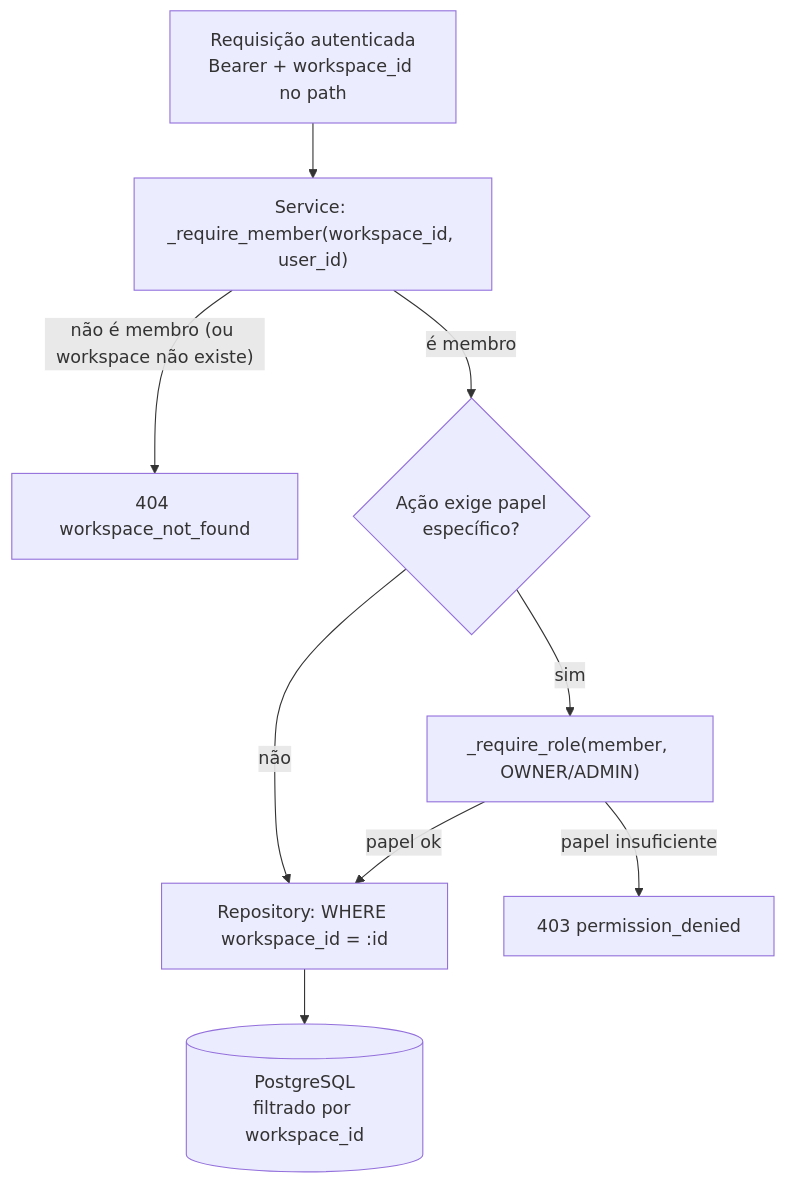
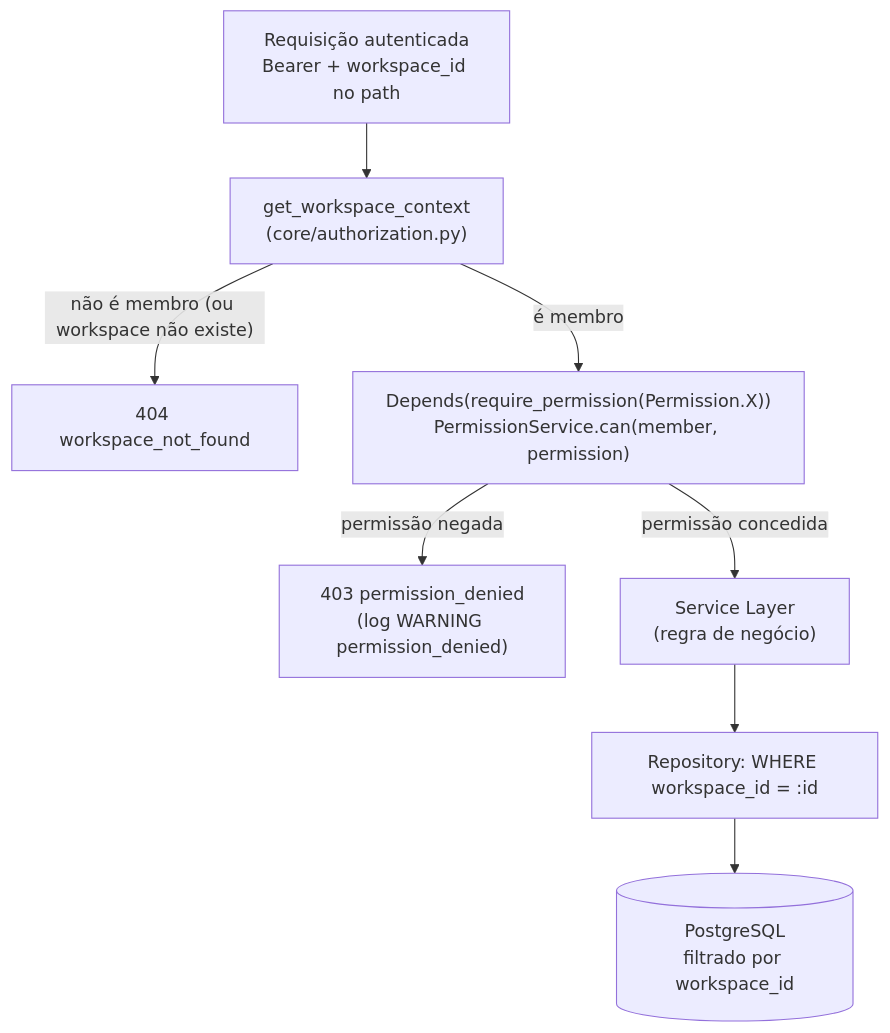
Before and after one commit to eduardoaholmer/flowdesk: the fifth of 7 diagrams in docs/07-security.md, drawn with Mermaid. The commit also changed other lines of this file and 93 other files, not shown here.

````diff
--- a/docs/07-security.md
+++ b/docs/07-security.md
@@ -218,11 +265,10 @@
 ```mermaid
 flowchart TD
-    Req["Requisição autenticada\nBearer + workspace_id no path"] --> Svc["Service: _require_member(workspace_id, user_id)"]
-    Svc -->|"não é membro (ou workspace não existe)"| NF["404 workspace_not_found"]
-    Svc -->|"é membro"| Role{"Ação exige papel\nespecífico?"}
-    Role -->|"não"| Repo["Repository: WHERE workspace_id = :id"]
-    Role -->|"sim"| Chk["_require_role(member, OWNER/ADMIN)"]
-    Chk -->|"papel insuficiente"| PD["403 permission_denied"]
-    Chk -->|"papel ok"| Repo
+    Req["Requisição autenticada\nBearer + workspace_id no path"] --> Ctx["get_workspace_context\n(core/authorization.py)"]
+    Ctx -->|"não é membro (ou workspace não existe)"| NF["404 workspace_not_found"]
+    Ctx -->|"é membro"| Perm["Depends(require_permission(Permission.X))\nPermissionService.can(member, permission)"]
+    Perm -->|"permissão negada"| PD["403 permission_denied\n(log WARNING permission_denied)"]
+    Perm -->|"permissão concedida"| Svc["Service Layer\n(regra de negócio)"]
+    Svc --> Repo["Repository: WHERE workspace_id = :id"]
     Repo --> DB[(PostgreSQL\nfiltrado por workspace_id)]
 ```
````
